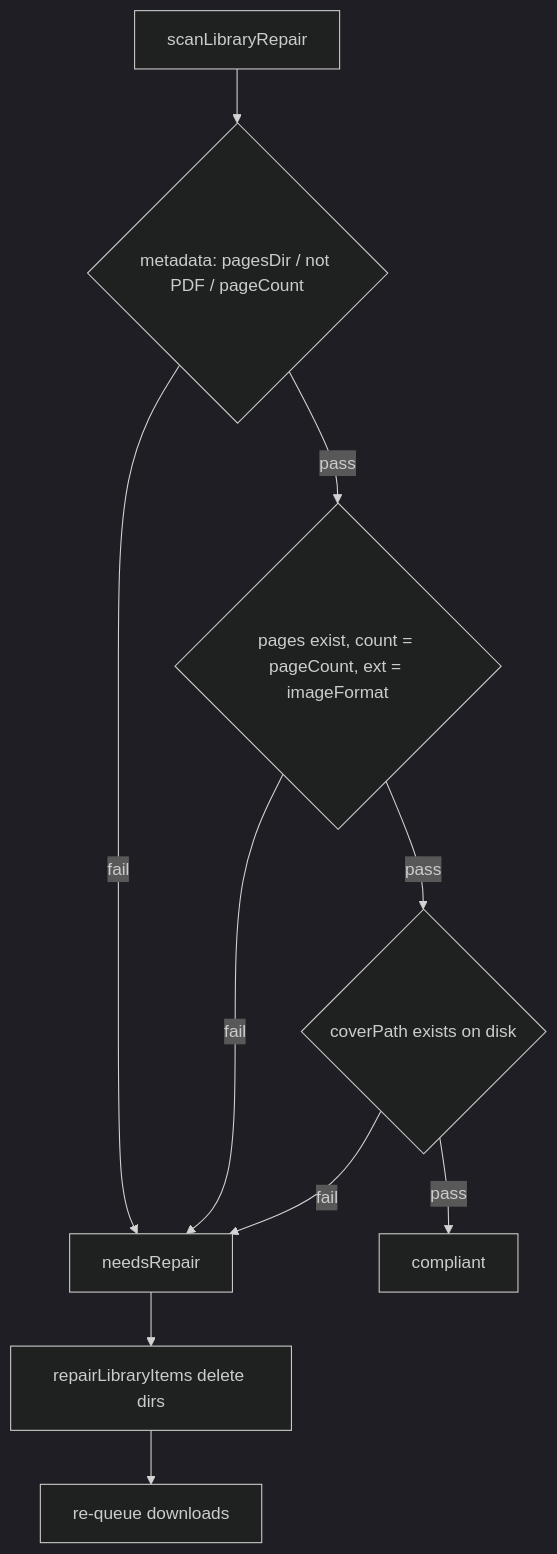
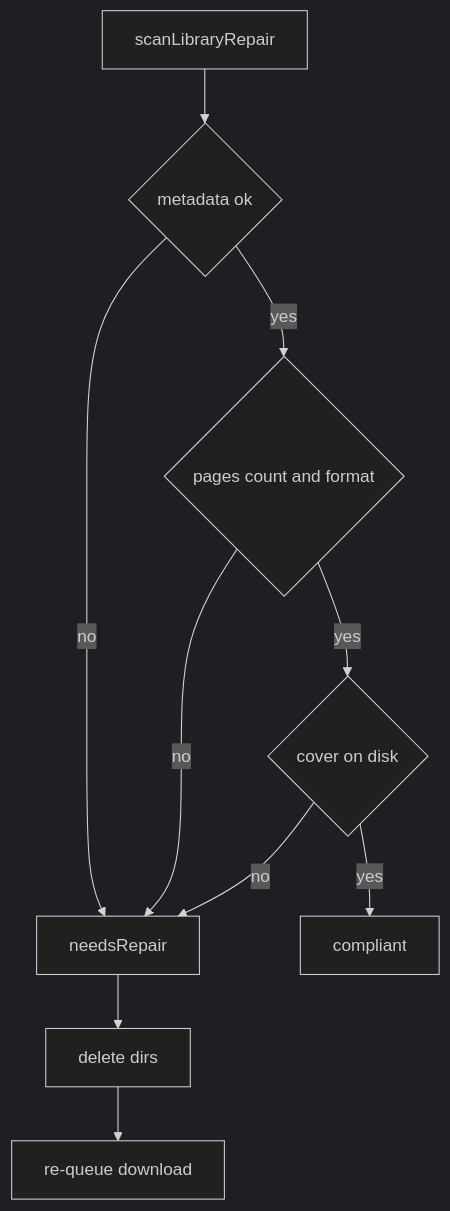
Before and after one commit to aDarkMaker/JMFM: the fourth of 4 diagrams in docs/en/architecture/ui.md, drawn with Mermaid (dark theme). The commit also changed other lines of this file and 20 other files, not shown here.

Commit message:
docs: fix mermaid diagrams and tighten wiki copy

````diff
--- a/docs/en/architecture/ui.md
+++ b/docs/en/architecture/ui.md
@@ -90,12 +90,12 @@
 ```mermaid
 flowchart TD
-    scan["scanLibraryRepair"] --> c1{"metadata: pagesDir / not PDF / pageCount"}
-    c1 -->|fail| need["needsRepair"]
-    c1 -->|pass| c2{"pages exist, count = pageCount, ext = imageFormat"}
-    c2 -->|fail| need
-    c2 -->|pass| c3{"coverPath exists on disk"}
-    c3 -->|fail| need
-    c3 -->|pass| ok["compliant"]
-    need --> del["repairLibraryItems delete dirs"]
-    del --> queue["re-queue downloads"]
+    scan[scanLibraryRepair] --> c1{metadata ok}
+    c1 -->|no| need[needsRepair]
+    c1 -->|yes| c2{pages count and format}
+    c2 -->|no| need
+    c2 -->|yes| c3{cover on disk}
+    c3 -->|no| need
+    c3 -->|yes| ok[compliant]
+    need --> del[delete dirs]
+    del --> queue[re-queue download]
 ```
````
